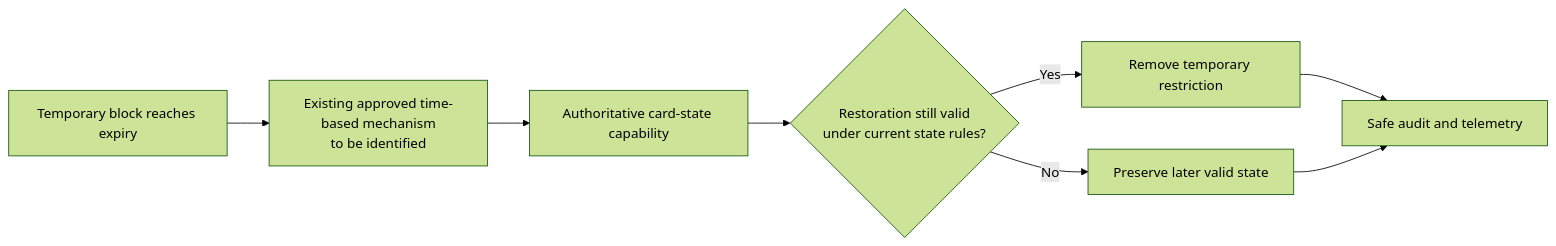
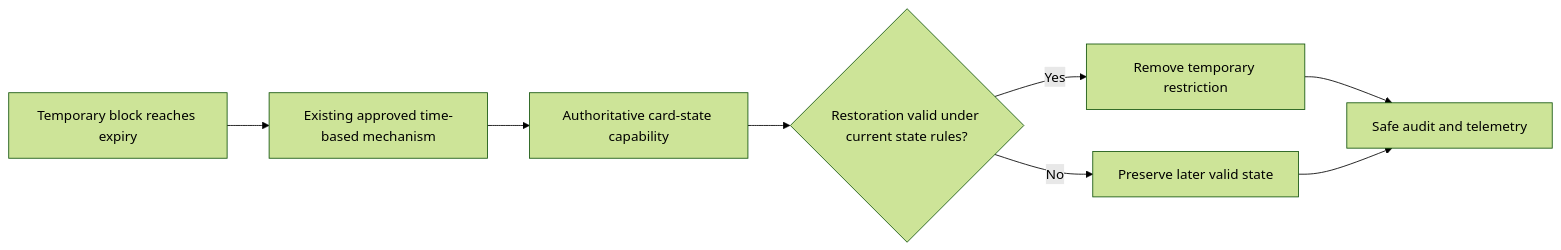
One commit to sarojgt/ai-sdlc changed the second of 2 diagrams in ai-sdlc/initiatives/KAN-5/hld/hld.md. Above: the diagram before and after it, drawn with Mermaid (forest theme). The commit also changed other lines of this file and 4 other files, not shown here.

````diff
--- a/ai-sdlc/initiatives/KAN-5/hld/hld.md
+++ b/ai-sdlc/initiatives/KAN-5/hld/hld.md
@@ -159,10 +182,10 @@
 ```mermaid
 flowchart LR
-    Due[Temporary block reaches expiry] --> ExistingMechanism[Existing approved time-based mechanism<br/>to be identified]
-    ExistingMechanism --> State[Authoritative card-state capability]
-    State --> Check{Restoration still valid<br/>under current state rules?}
-    Check -->|Yes| Restore[Remove temporary restriction]
-    Check -->|No| Preserve[Preserve later valid state]
-    Restore --> Telemetry[Safe audit and telemetry]
-    Preserve --> Telemetry
+    Due["Temporary block reaches expiry"] --> Mechanism["Existing approved time-based mechanism"]
+    Mechanism --> State["Authoritative card-state capability"]
+    State --> Check{"Restoration valid under current state rules?"}
+    Check -->|Yes| Restore["Remove temporary restriction"]
+    Check -->|No| Preserve["Preserve later valid state"]
+    Restore --> Audit["Safe audit and telemetry"]
+    Preserve --> Audit
 ```
````
